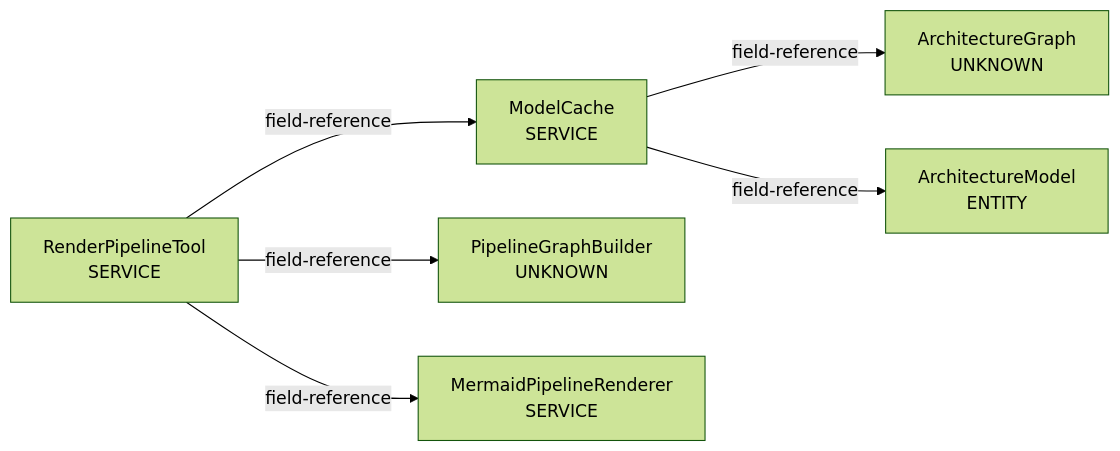
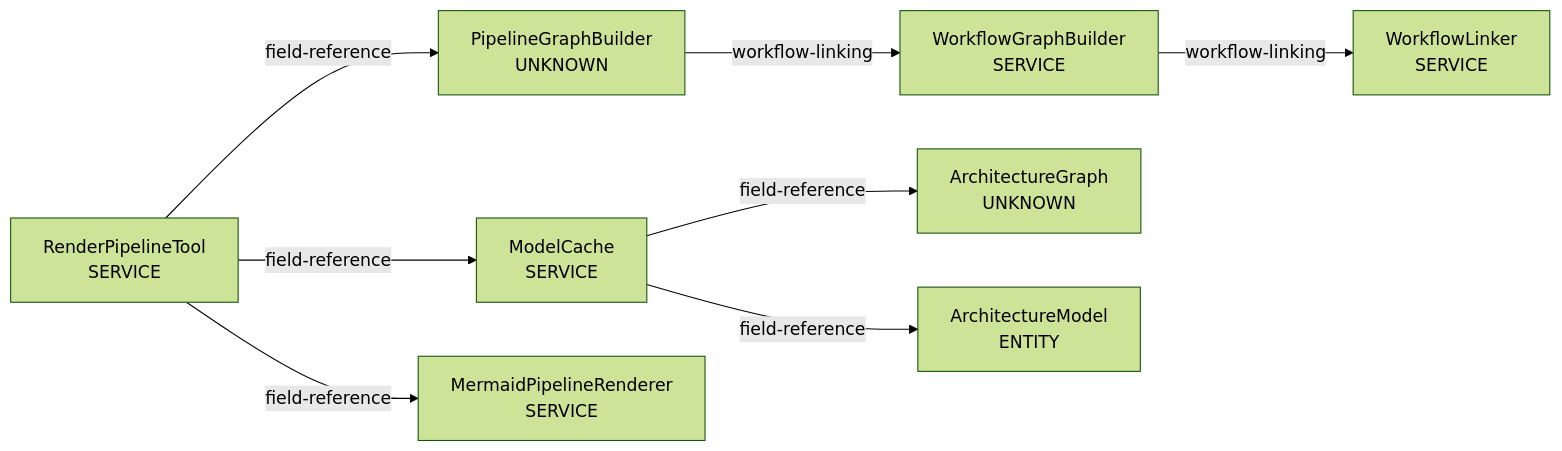
Before and after one commit to DerPate/archlens: the ninth of 9 diagrams in docs/WORKFLOW_GRAPHS.md, drawn with Mermaid (forest theme). The commit also changed other lines of this file and 83 other files, not shown here.

Commit message:
feat: add workflow and object-flow analysis

````diff
--- a/docs/WORKFLOW_GRAPHS.md
+++ b/docs/WORKFLOW_GRAPHS.md
@@ -270,14 +273,18 @@
 ```mermaid
 flowchart LR
     comp_dev_dominikbreu_spoonmcp_mcp_tools_RenderPipelineTool["RenderPipelineTool\nSERVICE"]
     comp_dev_dominikbreu_spoonmcp_cache_ModelCache["ModelCache\nSERVICE"]
     comp_dev_dominikbreu_spoonmcp_extractor_PipelineGraphBuilder["PipelineGraphBuilder\nUNKNOWN"]
+    comp_dev_dominikbreu_spoonmcp_workflow_WorkflowGraphBuilder["WorkflowGraphBuilder\nSERVICE"]
+    comp_dev_dominikbreu_spoonmcp_workflow_WorkflowLinker["WorkflowLinker\nSERVICE"]
     comp_dev_dominikbreu_spoonmcp_renderer_MermaidPipelineRenderer["MermaidPipelineRenderer\nSERVICE"]
     comp_dev_dominikbreu_spoonmcp_cache_ArchitectureGraph["ArchitectureGraph\nUNKNOWN"]
     comp_dev_dominikbreu_spoonmcp_model_ArchitectureModel["ArchitectureModel\nENTITY"]
     comp_dev_dominikbreu_spoonmcp_mcp_tools_RenderPipelineTool -->|field-reference| comp_dev_dominikbreu_spoonmcp_cache_ModelCache
     comp_dev_dominikbreu_spoonmcp_mcp_tools_RenderPipelineTool -->|field-reference| comp_dev_dominikbreu_spoonmcp_extractor_PipelineGraphBuilder
     comp_dev_dominikbreu_spoonmcp_mcp_tools_RenderPipelineTool -->|field-reference| comp_dev_dominikbreu_spoonmcp_renderer_MermaidPipelineRenderer
+    comp_dev_dominikbreu_spoonmcp_extractor_PipelineGraphBuilder -->|workflow-linking| comp_dev_dominikbreu_spoonmcp_workflow_WorkflowGraphBuilder
+    comp_dev_dominikbreu_spoonmcp_workflow_WorkflowGraphBuilder -->|workflow-linking| comp_dev_dominikbreu_spoonmcp_workflow_WorkflowLinker
     comp_dev_dominikbreu_spoonmcp_cache_ModelCache -->|field-reference| comp_dev_dominikbreu_spoonmcp_cache_ArchitectureGraph
     comp_dev_dominikbreu_spoonmcp_cache_ModelCache -->|field-reference| comp_dev_dominikbreu_spoonmcp_model_ArchitectureModel
 ```
````
